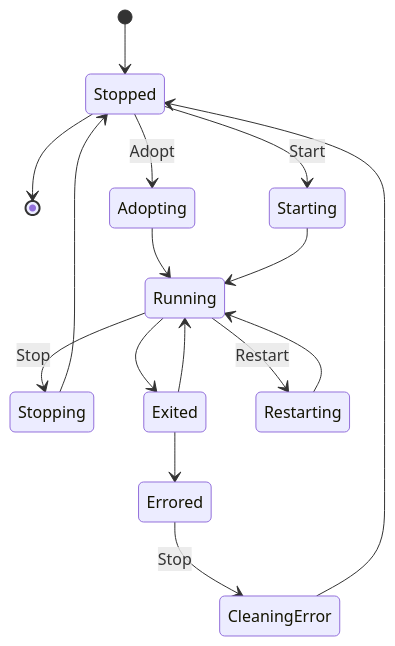
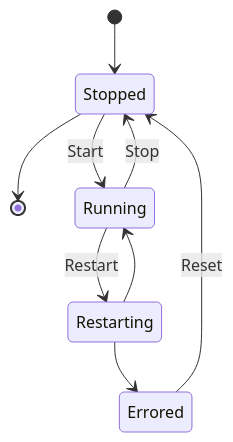
One commit to sboon-gg/svctl changed the diagram in README.md. Above: the diagram before and after it, drawn with Mermaid. The commit also changed 7 other files, not shown here.

````diff
--- a/README.md
+++ b/README.md
@@ -5,18 +5,11 @@
 ```mermaid
 stateDiagram-v2
     [*] --> Stopped
     Stopped --> [*]
-    Stopped --> Starting: Start
-    Stopped --> Adopting: Adopt
-    Adopting --> Running
-    Starting --> Running
-    Running --> Stopping: Stop
-    Stopping --> Stopped
-    Running --> Exited
+    Stopped --> Running: Start
+    Running --> Stopped: Stop
     Running --> Restarting: Restart
-    Exited --> Running
-    Exited --> Errored
-    Errored --> CleaningError: Stop
-    CleaningError --> Stopped
     Restarting --> Running
+    Restarting --> Errored
+    Errored --> Stopped: Reset
 ```
````
